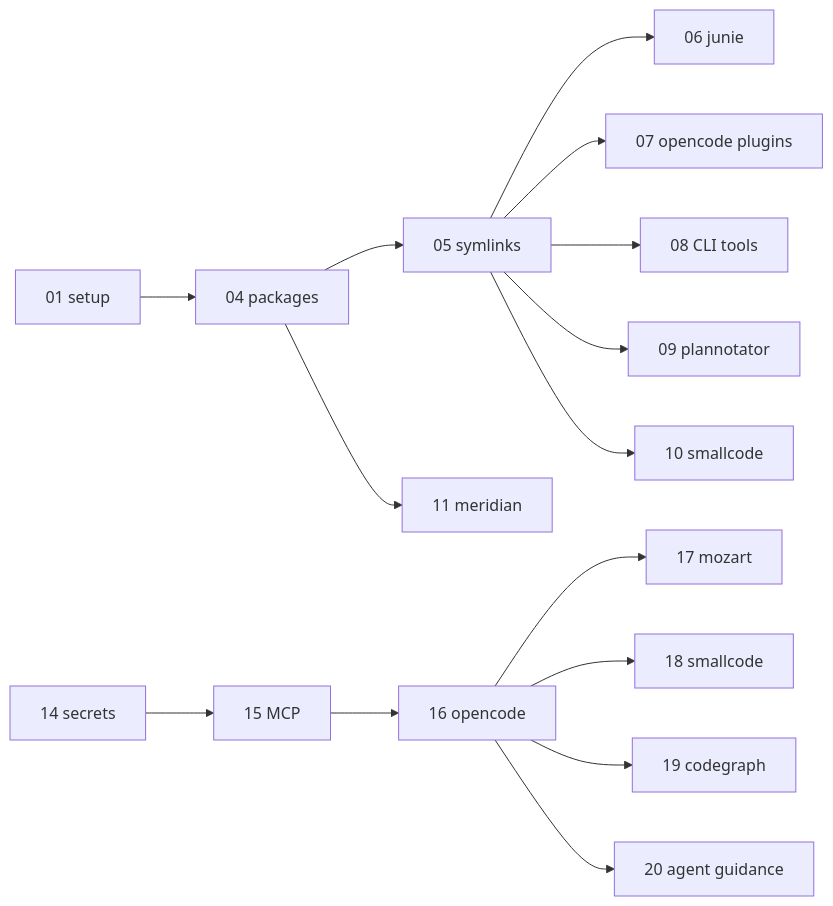
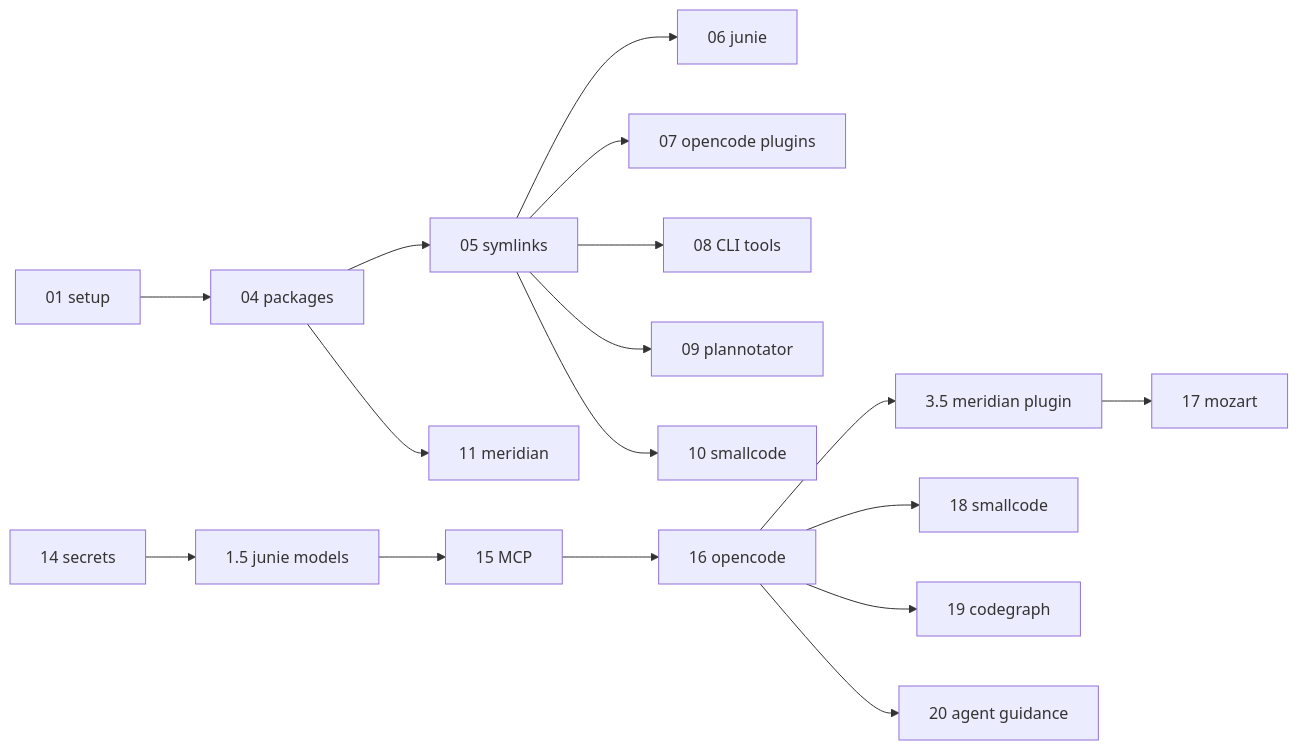
The third of 3 diagrams in docs/ORCHESTRATION.md (randytarampi/dotfiles), drawn with Mermaid before and after one commit. The commit also changed other lines of this file and 22 other files, not shown here.

First line of the commit message:
feat!: Clarify `configure-ai` as `configure-secrets`, `configure-mcp-all` as `configure-mcps`, and `configure-jetbrains-workspace` as `configure-jetbrains-workspace-project`

````diff
--- a/docs/ORCHESTRATION.md
+++ b/docs/ORCHESTRATION.md
@@ -170,17 +172,19 @@
 ```mermaid
 graph LR
     S01[01 setup] --> S04[04 packages]
     S04 --> S05[05 symlinks]
     S05 --> S06[06 junie]
     S05 --> S07[07 opencode plugins]
     S05 --> S08[08 CLI tools]
     S05 --> S09[09 plannotator]
     S05 --> S10[10 smallcode]
     S04 --> S11[11 meridian]
-    S14[14 secrets] --> S15[15 MCP]
+    S14[14 secrets] --> S1_5[1.5 junie models]
+    S1_5 --> S15[15 MCP]
     S15 --> S16[16 opencode]
-    S16 --> S17[17 mozart]
+    S16 --> S3_5[3.5 meridian plugin]
+    S3_5 --> S17[17 mozart]
     S16 --> S18[18 smallcode]
     S16 --> S19[19 codegraph]
     S16 --> S20[20 agent guidance]
 ```
````
